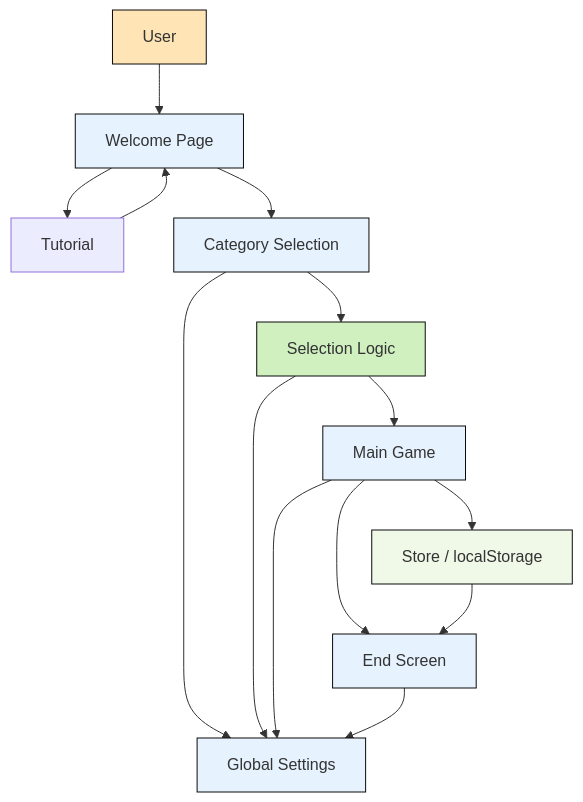
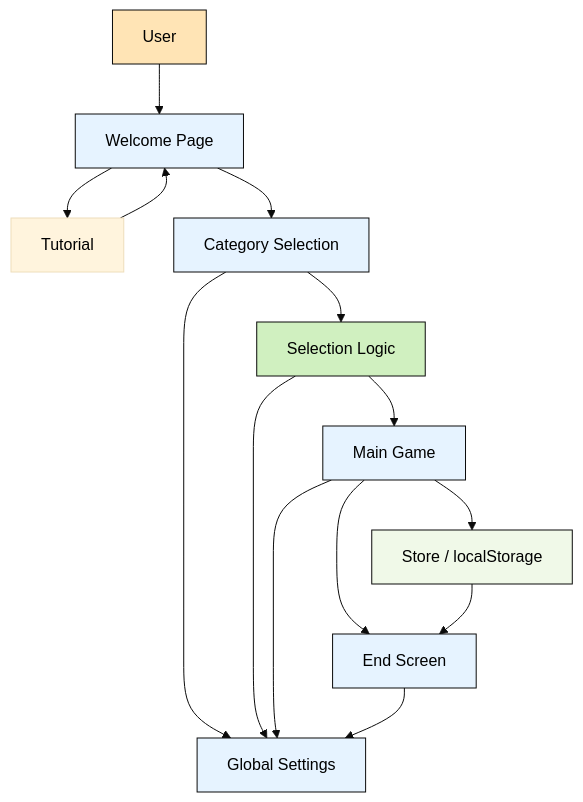
One commit to uu-semp/swedish-learning-app-2025 changed the diagram in team08/README.md. Above: the diagram before and after it, drawn with Mermaid.

Commit message:
testing mermaid

````diff
--- a/team08/README.md
+++ b/team08/README.md
@@ -82,25 +82,29 @@
 ```mermaid
+%%{init: {'theme': 'base', 'themeVariables': {
+  'primaryTextColor': '#000000',
+  'fontFamily': 'Arial'
+}}}%%
 graph TD
     A[User] --> B[Welcome Page]
     B --> I[Tutorial]
     I --> B
     B --> C[Category Selection]
     C --> D[Selection Logic]
     D --> E[Main Game]
     E --> F[Store / localStorage]
     E --> G[End Screen]
     C --> H[Global Settings]
     D --> H
     E --> H
     G --> H
     F --> G
 
     style A fill:#ffe4b5,stroke:#0a0a0a
     style B fill:#e6f3ff,stroke:#0a0a0a
     style C fill:#e6f3ff,stroke:#0a0a0a
     style E fill:#e6f3ff,stroke:#0a0a0a
     style G fill:#e6f3ff,stroke:#0a0a0a
     style H fill:#e6f3ff,stroke:#0a0a0a
     style D fill:#d0f0c0,stroke:#0a0a0a
     style F fill:#f0f9e8,stroke:#0a0a0a
 ```
````
